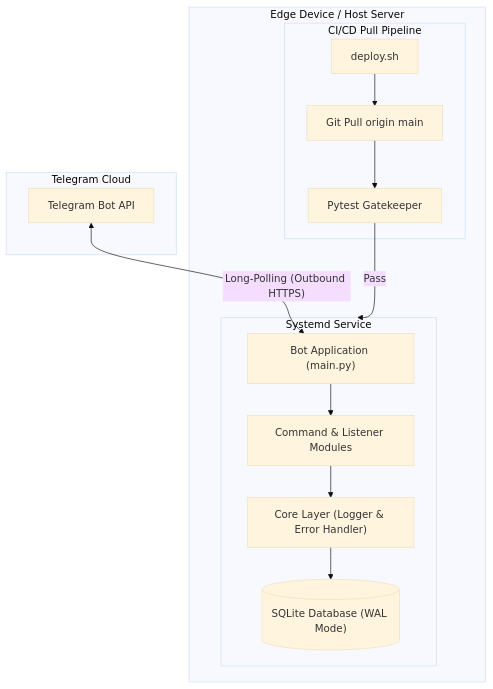
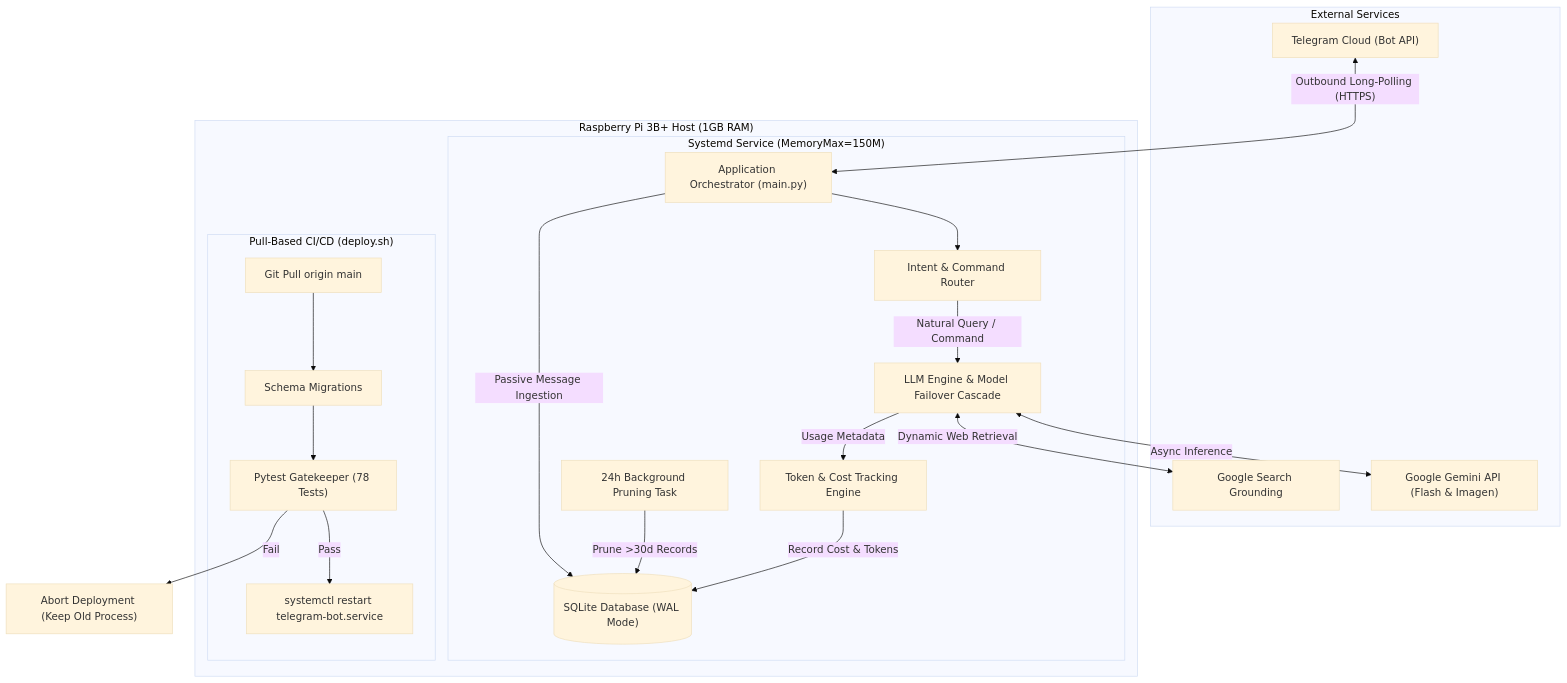
The first of 2 diagrams in README.md (TheLogDuck/pi-telegram-chat-bot), drawn with Mermaid (base theme) before and after one commit. The commit also changed other lines of this file and 4 other files, not shown here.

Commit message:
Fix HTML tag escaping in telegram formatter and roast usage message

````diff
--- a/README.md
+++ b/README.md
@@ -11,29 +34,40 @@
 ```mermaid
 flowchart TD
-    subgraph TelegramCloud ["Telegram Cloud"]
-        TC["Telegram Bot API"]
+    subgraph External ["External Services"]
+        TG["Telegram Cloud (Bot API)"]
+        GEMINI["Google Gemini API (Flash & Imagen)"]
+        GSEARCH["Google Search Grounding"]
     end
 
-    subgraph Host ["Edge Device / Host Server"]
-        subgraph Daemon ["Systemd Service"]
-            APP["Bot Application (main.py)"]
-            MOD["Command & Listener Modules"]
-            CORE["Core Layer (Logger & Error Handler)"]
-            DB[("SQLite Database (WAL Mode)")]
+    subgraph EdgeDevice ["Raspberry Pi 3B+ Host (1GB RAM)"]
+        subgraph SystemdUnit ["Systemd Service (MemoryMax=150M)"]
+            APP["Application Orchestrator (main.py)"]
+            ROUTER["Intent & Command Router"]
+            LLM_ENGINE["LLM Engine & Model Failover Cascade"]
+            TELEMETRY["Token & Cost Tracking Engine"]
+            DB_ENGINE[("SQLite Database (WAL Mode)")]
+            CLEANUP["24h Background Pruning Task"]
         end
 
-        subgraph CICD ["CI/CD Pull Pipeline"]
-            DEP["deploy.sh"]
+        subgraph CICD ["Pull-Based CI/CD (deploy.sh)"]
             GIT["Git Pull origin main"]
-            TEST["Pytest Gatekeeper"]
+            MIGRATE["Schema Migrations"]
+            PYTEST["Pytest Gatekeeper (78 Tests)"]
+            RELOAD["systemctl restart telegram-bot.service"]
         end
     end
 
-    TC <-->|"Long-Polling (Outbound HTTPS)"| APP
-    APP --> MOD
-    MOD --> CORE
-    CORE --> DB
-    DEP --> GIT
-    GIT --> TEST
-    TEST -->|"Pass"| Daemon
+    TG <-->|"Outbound Long-Polling (HTTPS)"| APP
+    APP --> ROUTER
+    ROUTER -->|"Natural Query / Command"| LLM_ENGINE
+    LLM_ENGINE <-->|"Async Inference"| GEMINI
+    LLM_ENGINE <-->|"Dynamic Web Retrieval"| GSEARCH
+    LLM_ENGINE -->|"Usage Metadata"| TELEMETRY
+    TELEMETRY -->|"Record Cost & Tokens"| DB_ENGINE
+    APP -->|"Passive Message Ingestion"| DB_ENGINE
+    CLEANUP -->|"Prune >30d Records"| DB_ENGINE
+
+    GIT --> MIGRATE --> PYTEST
+    PYTEST -->|"Pass"| RELOAD
+    PYTEST -->|"Fail"| ABORT["Abort Deployment (Keep Old Process)"]
 ```
````
